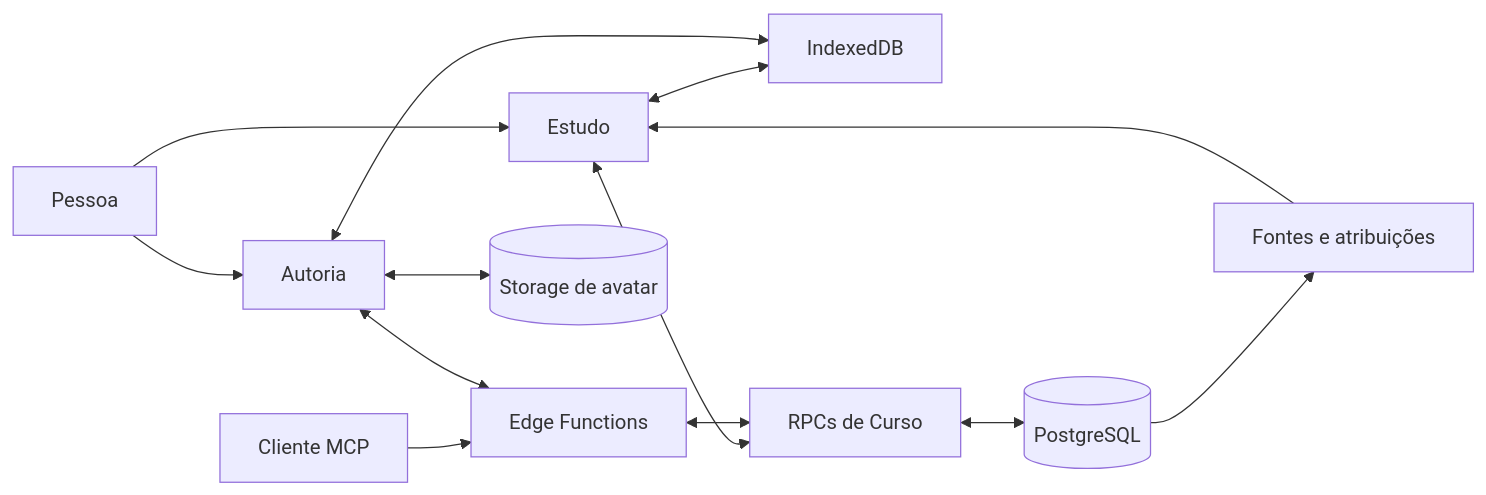
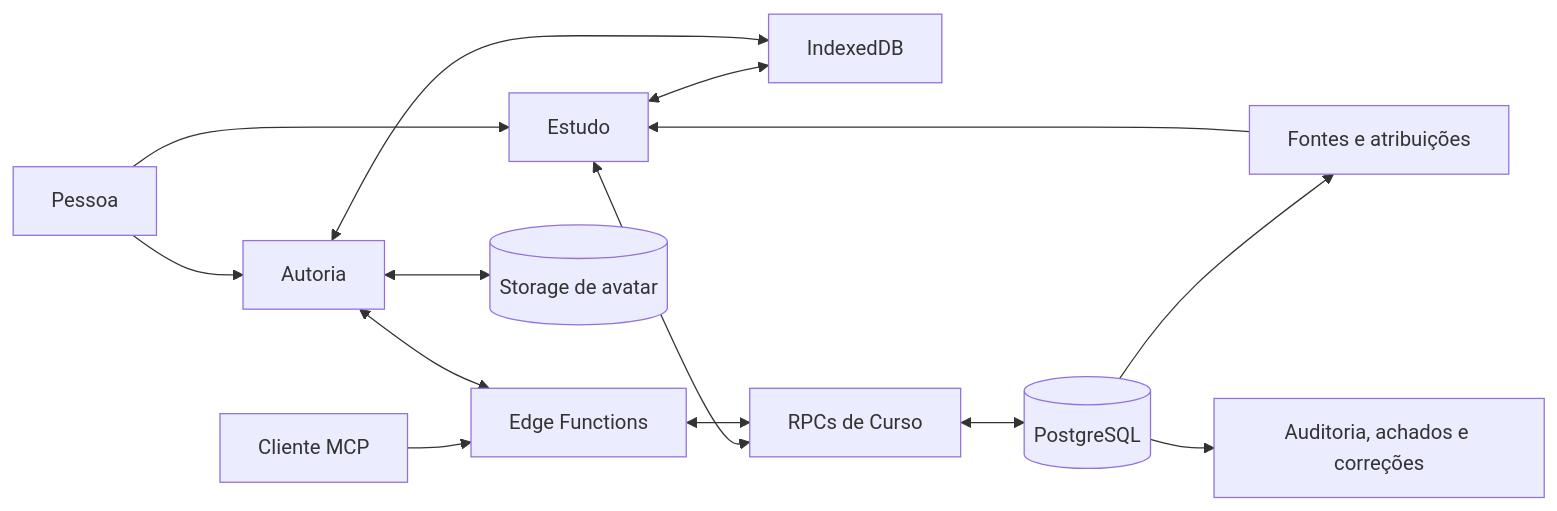
One commit to fabio-ara/AraLearn changed the diagram in docs/arquitetura.md. Above: the diagram before and after it, drawn with Mermaid. The commit also changed other lines of this file and 69 other files, not shown here.

Commit message:
Implementar auditoria e correções por Curso

````diff
--- a/docs/arquitetura.md
+++ b/docs/arquitetura.md
@@ -76,15 +87,16 @@
 ```mermaid
 flowchart LR
     P[Pessoa] --> S[Estudo]
     P --> A[Autoria]
     M[Cliente MCP] --> E[Edge Functions]
     S <--> I[IndexedDB]
     A <--> I
     S <--> R[RPCs de Curso]
     A <--> E
     E <--> R
     R <--> D[(PostgreSQL)]
     D --> F[Fontes e atribuições]
+    D --> Q[Auditoria, achados e correções]
     F --> S
     A <--> V[(Storage de avatar)]
 ```
````
